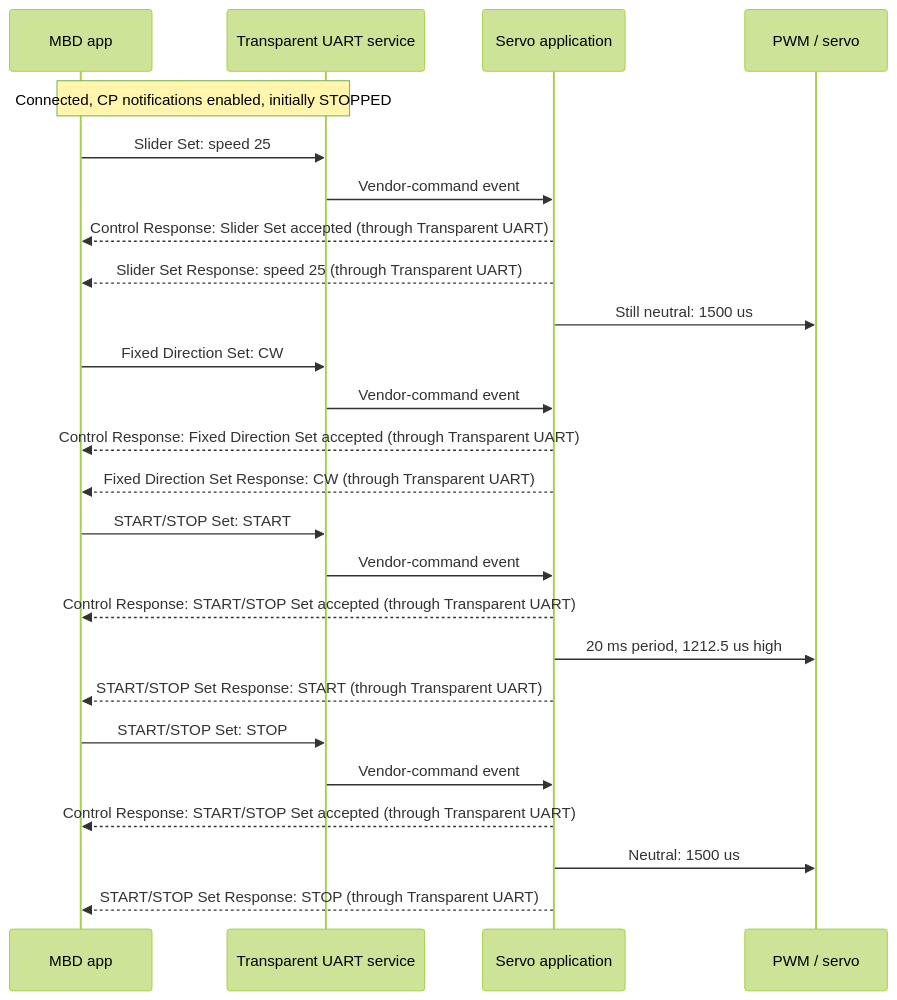
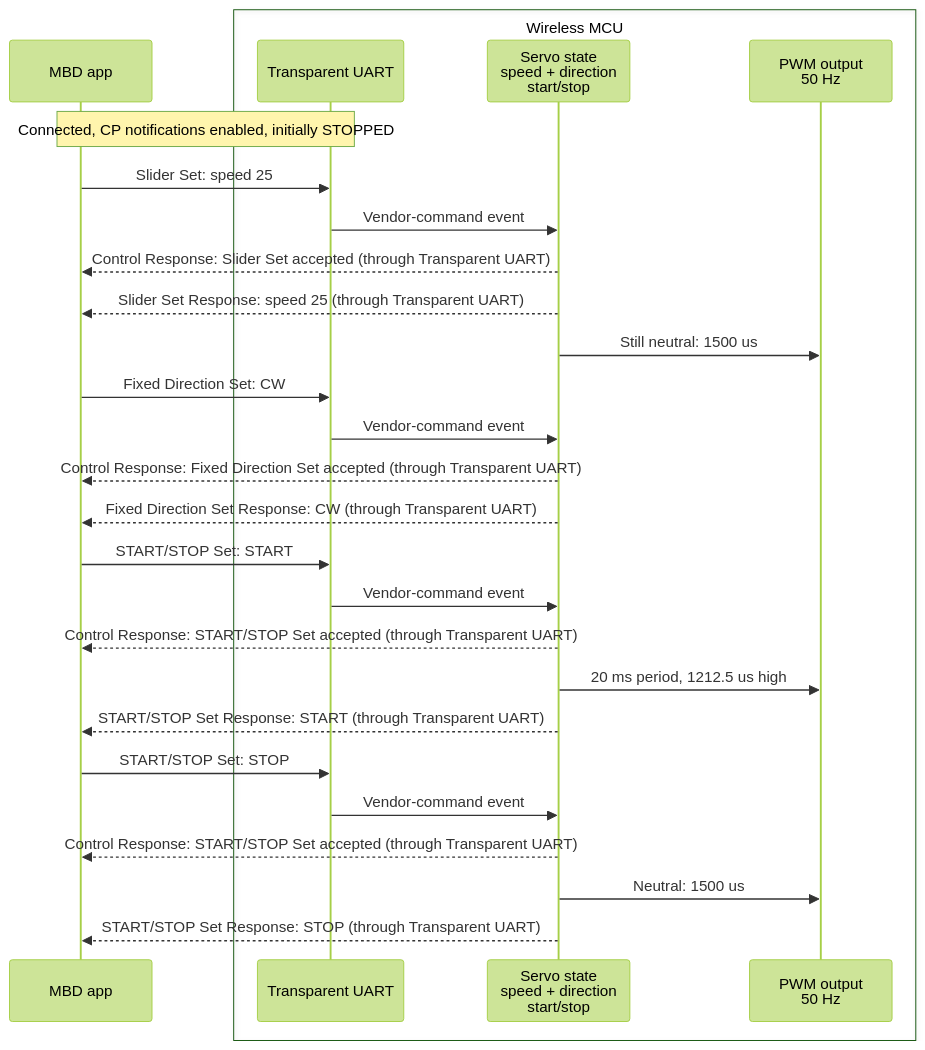
Before and after one commit to MicrochipTech/Bluetooth_LE_360_Servo_Motor_Control: the third of 4 diagrams in README.md, drawn with Mermaid (forest theme). The commit also changed other lines of this file, not shown here.

Commit message:
Align BLE sequence diagram with architecture

````diff
--- a/README.md
+++ b/README.md
@@ -312,27 +311,29 @@
 ```mermaid
 sequenceDiagram
     participant M as MBD app
-    participant T as Transparent UART service
-    participant A as Servo application
-    participant P as PWM / servo
+    box Wireless MCU
+        participant T as Transparent UART
+        participant A as Servo state<br/>speed + direction<br/>start/stop
+        participant P as PWM output<br/>50 Hz
+    end
     Note over M,T: Connected, CP notifications enabled, initially STOPPED
     M->>T: Slider Set: speed 25
     T->>A: Vendor-command event
     A-->>M: Control Response: Slider Set accepted (through Transparent UART)
     A-->>M: Slider Set Response: speed 25 (through Transparent UART)
     A->>P: Still neutral: 1500 us
     M->>T: Fixed Direction Set: CW
     T->>A: Vendor-command event
     A-->>M: Control Response: Fixed Direction Set accepted (through Transparent UART)
     A-->>M: Fixed Direction Set Response: CW (through Transparent UART)
     M->>T: START/STOP Set: START
     T->>A: Vendor-command event
     A-->>M: Control Response: START/STOP Set accepted (through Transparent UART)
     A->>P: 20 ms period, 1212.5 us high
     A-->>M: START/STOP Set Response: START (through Transparent UART)
     M->>T: START/STOP Set: STOP
     T->>A: Vendor-command event
     A-->>M: Control Response: START/STOP Set accepted (through Transparent UART)
     A->>P: Neutral: 1500 us
     A-->>M: START/STOP Set Response: STOP (through Transparent UART)
 ```
````
